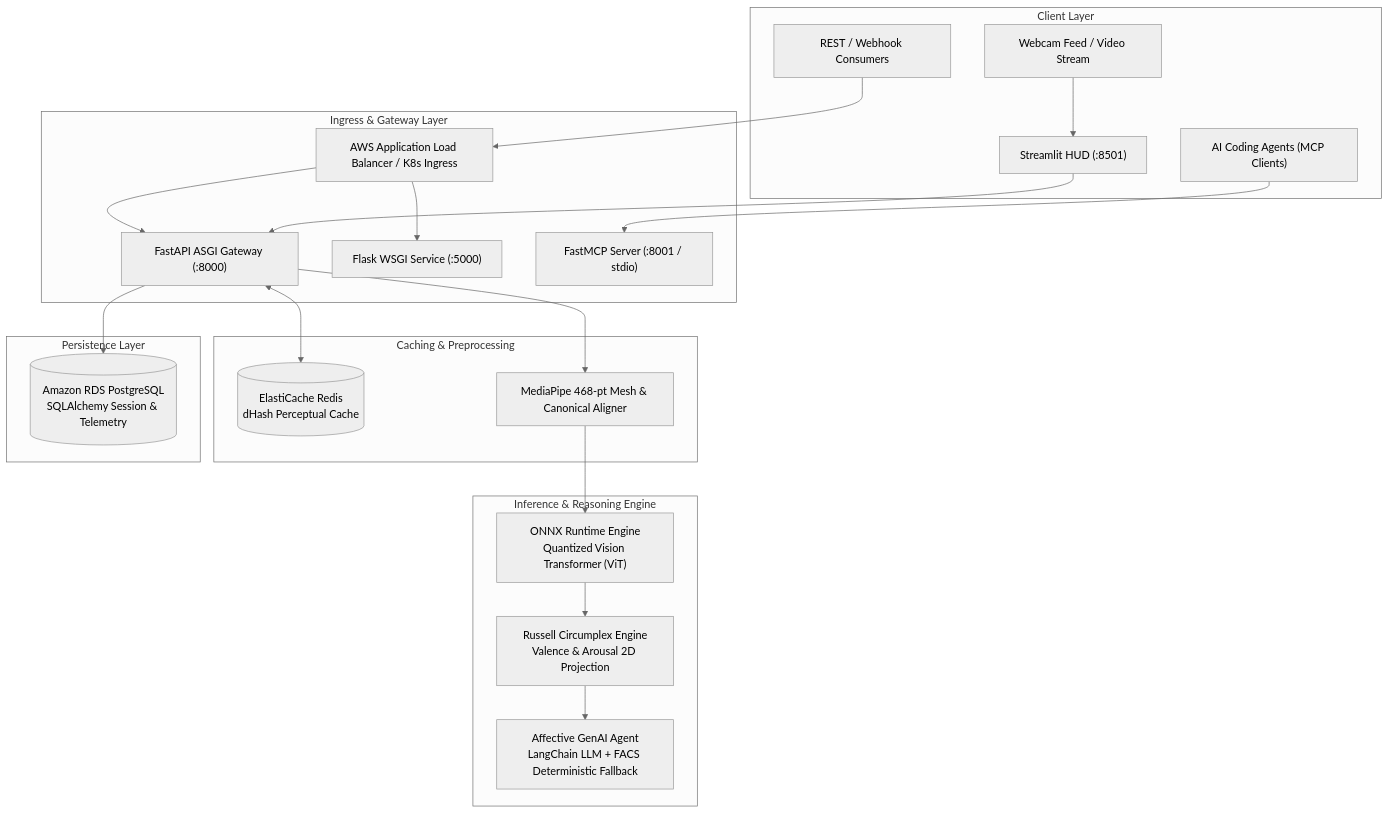
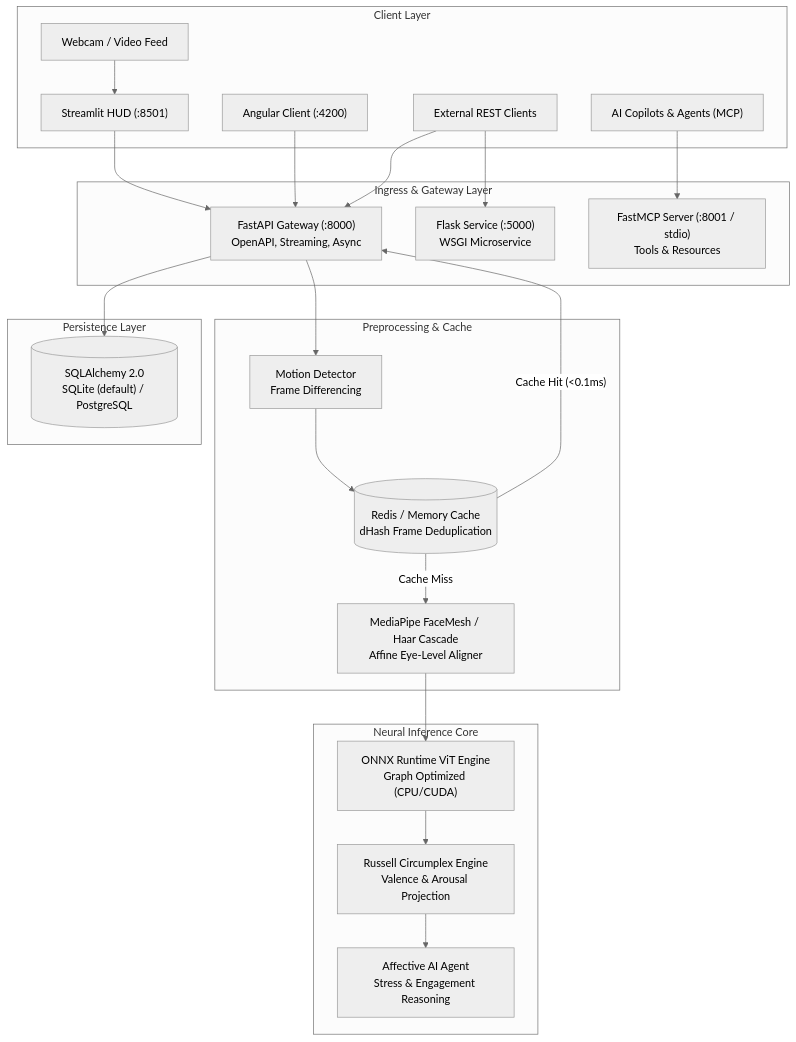
One commit to Ashutosh-Yadav-256/ADVANCE-FER changed the diagram in README.md. Above: the diagram before and after it, drawn with Mermaid (neutral theme). The commit also changed other lines of this file and 3 other files, not shown here.

````diff
--- a/README.md
+++ b/README.md
@@ -99,45 +41,48 @@
 ```mermaid
 graph TB
     subgraph Client Layer
-        WebcamClient["Webcam Feed / Video Stream"]
-        ExternalClient["REST / Webhook Consumers"]
-        AIAgentClient["AI Coding Agents (MCP Clients)"]
+        WebcamFeed["Webcam / Video Feed"]
         StreamlitUI["Streamlit HUD (:8501)"]
+        AngularUI["Angular Client (:4200)"]
+        MCPAgents["AI Copilots & Agents (MCP)"]
+        RESTConsumers["External REST Clients"]
     end
 
     subgraph Ingress & Gateway Layer
-        ALB["AWS Application Load Balancer / K8s Ingress"]
-        FastAPIGateway["FastAPI ASGI Gateway (:8000)"]
-        FlaskAppGateway["Flask WSGI Service (:5000)"]
-        MCPServer["FastMCP Server (:8001 / stdio)"]
+        FastAPIGW["FastAPI Gateway (:8000)<br/>OpenAPI, Streaming, Async"]
+        FlaskGW["Flask Service (:5000)<br/>WSGI Microservice"]
+        FastMCPServer["FastMCP Server (:8001 / stdio)<br/>Tools & Resources"]
     end
 
-    subgraph Caching & Preprocessing
-        RedisCache[("ElastiCache Redis<br/>dHash Perceptual Cache")]
-        FacePipeline["MediaPipe 468-pt Mesh & Canonical Aligner"]
+    subgraph Preprocessing & Cache
+        MotionFilter["Motion Detector<br/>Frame Differencing"]
+        PerceptualCache[("Redis / Memory Cache<br/>dHash Frame Deduplication")]
+        FaceMesh["MediaPipe FaceMesh / Haar Cascade<br/>Affine Eye-Level Aligner"]
     end
 
-    subgraph Inference & Reasoning Engine
-        ONNXEngine["ONNX Runtime Engine<br/>Quantized Vision Transformer (ViT)"]
-        Circumplex["Russell Circumplex Engine<br/>Valence & Arousal 2D Projection"]
-        AffectiveAgent["Affective GenAI Agent<br/>LangChain LLM + FACS Deterministic Fallback"]
+    subgraph Neural Inference Core
+        ONNXEngine["ONNX Runtime ViT Engine<br/>Graph Optimized (CPU/CUDA)"]
+        Circumplex["Russell Circumplex Engine<br/>Valence & Arousal Projection"]
+        AffectiveAgentCore["Affective AI Agent<br/>Stress & Engagement Reasoning"]
     end
 
     subgraph Persistence Layer
-        PostgresDB[("Amazon RDS PostgreSQL<br/>SQLAlchemy Session & Telemetry")]
+        DB[("SQLAlchemy 2.0<br/>SQLite (default) / PostgreSQL")]
     end
 
-    WebcamClient --> StreamlitUI
-    StreamlitUI --> FastAPIGateway
-    ExternalClient --> ALB
-    ALB --> FastAPIGateway
-    ALB --> FlaskAppGateway
-    AIAgentClient --> MCPServer
+    WebcamFeed --> StreamlitUI
+    StreamlitUI --> FastAPIGW
+    AngularUI --> FastAPIGW
+    RESTConsumers --> FastAPIGW
+    RESTConsumers --> FlaskGW
+    MCPAgents --> FastMCPServer
 
-    FastAPIGateway <--> RedisCache
-    FastAPIGateway --> FacePipeline
-    FacePipeline --> ONNXEngine
+    FastAPIGW --> MotionFilter
+    MotionFilter --> PerceptualCache
+    PerceptualCache -- "Cache Miss" --> FaceMesh
+    PerceptualCache -- "Cache Hit (<0.1ms)" --> FastAPIGW
+    FaceMesh --> ONNXEngine
     ONNXEngine --> Circumplex
-    Circumplex --> AffectiveAgent
-    FastAPIGateway --> PostgresDB
+    Circumplex --> AffectiveAgentCore
+    FastAPIGW --> DB
 ```
````
